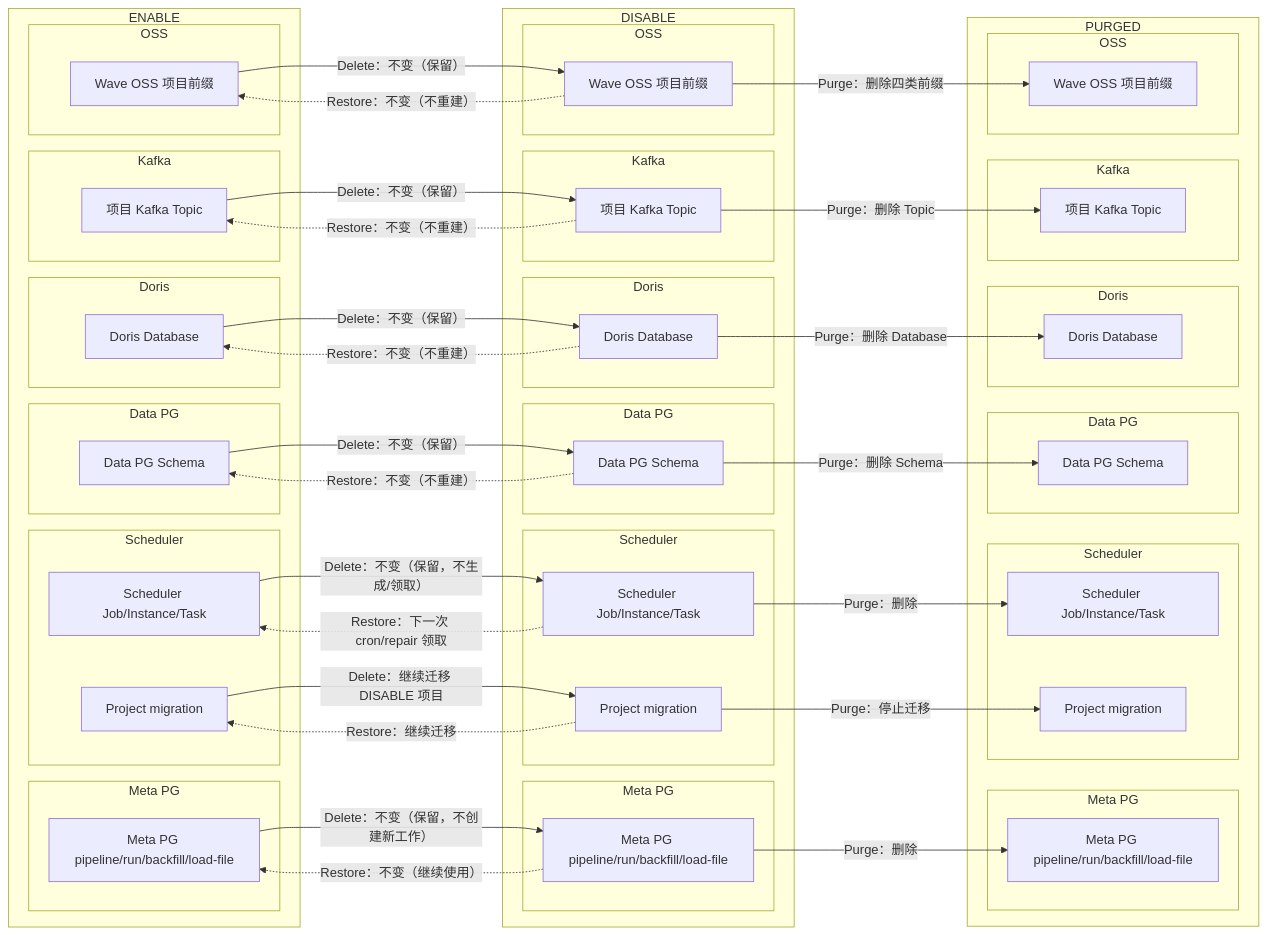
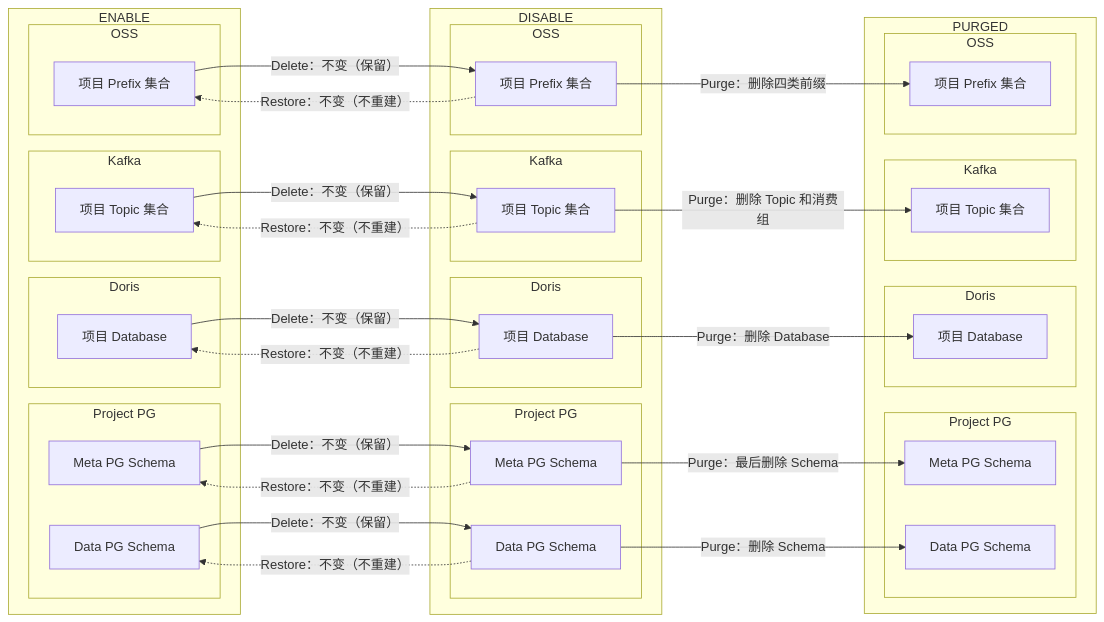
One commit to qinwenshiCH/workflow changed the fifth of 23 diagrams in specs/20260716-Wave-Refac-OrganizationProjectLifecycle/04-detail.md. Above: the diagram before and after it, drawn with Mermaid. The commit also changed other lines of this file and 4 other files, not shown here.

````diff
--- a/specs/20260716-Wave-Refac-OrganizationProjectLifecycle/04-detail.md
+++ b/specs/20260716-Wave-Refac-OrganizationProjectLifecycle/04-detail.md
@@ -287,90 +314,66 @@
 ```mermaid
 flowchart LR
     subgraph enable["ENABLE"]
-        subgraph e_meta["Meta PG"]
-            EMeta["Meta PG pipeline/run/backfill/load-file"]
-        end
-        subgraph e_scheduler["Scheduler"]
-            EJob["Scheduler Job/Instance/Task"]
-            EMigration["Project migration"]
-        end
-        subgraph e_data["Data PG"]
-            ESchema["Data PG Schema"]
+        subgraph e_pg["Project PG"]
+            EMeta["Meta PG Schema"]
+            EData["Data PG Schema"]
         end
         subgraph e_doris["Doris"]
-            EDoris["Doris Database"]
+            EDoris["项目 Database"]
         end
         subgraph e_kafka["Kafka"]
-            ETopic["项目 Kafka Topic"]
+            EKafka["项目 Topic 集合"]
         end
         subgraph e_oss["OSS"]
-            EOS["Wave OSS 项目前缀"]
+            EOSS["项目 Prefix 集合"]
         end
     end
 
     subgraph disable["DISABLE"]
-        subgraph d_meta["Meta PG"]
-            DMeta["Meta PG pipeline/run/backfill/load-file"]
-        end
-        subgraph d_scheduler["Scheduler"]
-            DJob["Scheduler Job/Instance/Task"]
-            DMigration["Project migration"]
-        end
-        subgraph d_data["Data PG"]
-            DSchema["Data PG Schema"]
+        subgraph d_pg["Project PG"]
+            DMeta["Meta PG Schema"]
+            DData["Data PG Schema"]
         end
         subgraph d_doris["Doris"]
-            DDoris["Doris Database"]
+            DDoris["项目 Database"]
         end
         subgraph d_kafka["Kafka"]
-            DTopic["项目 Kafka Topic"]
+            DKafka["项目 Topic 集合"]
         end
         subgraph d_oss["OSS"]
-            DOS["Wave OSS 项目前缀"]
+            DOSS["项目 Prefix 集合"]
         end
     end
 
     subgraph purged["PURGED"]
-        subgraph p_meta["Meta PG"]
-            PMeta["Meta PG pipeline/run/backfill/load-file"]
-        end
-        subgraph p_scheduler["Scheduler"]
-            PJob["Scheduler Job/Instance/Task"]
-            PMigration["Project migration"]
-        end
-        subgraph p_data["Data PG"]
-            PSchema["Data PG Schema"]
+        subgraph p_pg["Project PG"]
+            PMeta["Meta PG Schema"]
+            PData["Data PG Schema"]
         end
         subgraph p_doris["Doris"]
-            PDoris["Doris Database"]
+            PDoris["项目 Database"]
         end
         subgraph p_kafka["Kafka"]
-            PTopic["项目 Kafka Topic"]
+            PKafka["项目 Topic 集合"]
         end
         subgraph p_oss["OSS"]
-            POS["Wave OSS 项目前缀"]
+            POSS["项目 Prefix 集合"]
         end
     end
 
-    EMeta -->|Delete：不变（保留，不创建新工作）| DMeta
-    EJob -->|Delete：不变（保留，不生成/领取）| DJob
-    ESchema -->|Delete：不变（保留）| DSchema
+    EMeta -->|Delete：不变（保留）| DMeta
+    EData -->|Delete：不变（保留）| DData
     EDoris -->|Delete：不变（保留）| DDoris
-    ETopic -->|Delete：不变（保留）| DTopic
-    EOS -->|Delete：不变（保留）| DOS
-    EMigration -->|Delete：继续迁移 DISABLE 项目| DMigration
-    DMeta -.->|Restore：不变（继续使用）| EMeta
-    DJob -.->|Restore：下一次 cron/repair 领取| EJob
-    DSchema -.->|Restore：不变（不重建）| ESchema
+    EKafka -->|Delete：不变（保留）| DKafka
+    EOSS -->|Delete：不变（保留）| DOSS
+    DMeta -.->|Restore：不变（不重建）| EMeta
+    DData -.->|Restore：不变（不重建）| EData
     DDoris -.->|Restore：不变（不重建）| EDoris
-    DTopic -.->|Restore：不变（不重建）| ETopic
-    DOS -.->|Restore：不变（不重建）| EOS
-    DMigration -.->|Restore：继续迁移| EMigration
-    DMeta -->|Purge：删除| PMeta
-    DJob -->|Purge：删除| PJob
-    DSchema -->|Purge：删除 Schema| PSchema
+    DKafka -.->|Restore：不变（不重建）| EKafka
+    DOSS -.->|Restore：不变（不重建）| EOSS
+    DMeta -->|Purge：最后删除 Schema| PMeta
+    DData -->|Purge：删除 Schema| PData
     DDoris -->|Purge：删除 Database| PDoris
-    DTopic -->|Purge：删除 Topic| PTopic
-    DOS -->|Purge：删除四类前缀| POS
-    DMigration -->|Purge：停止迁移| PMigration
+    DKafka -->|Purge：删除 Topic 和消费组| PKafka
+    DOSS -->|Purge：删除四类前缀| POSS
 ```
````
